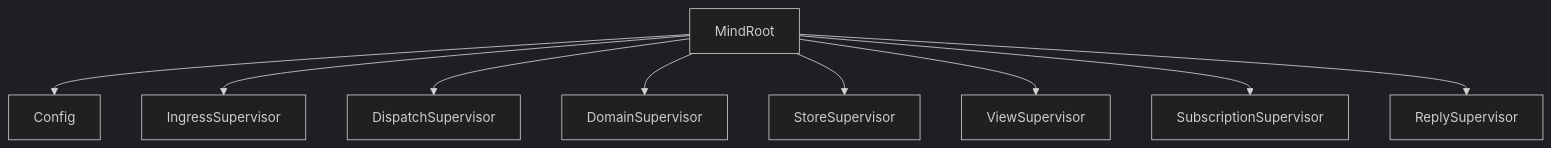
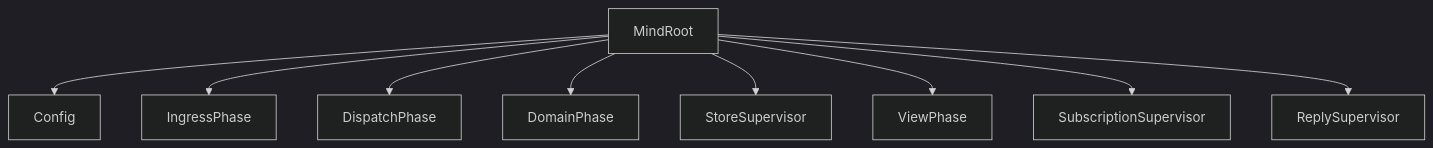
Before and after one commit to LiGoldragon/persona-orchestrate: the third of 7 diagrams in ARCHITECTURE.md, drawn with Mermaid (dark theme). The commit also changed other lines of this file and 8 other files, not shown here.

````diff
--- a/ARCHITECTURE.md
+++ b/ARCHITECTURE.md
@@ -117,11 +117,11 @@
 ```mermaid
 graph TB
     root[MindRoot] --> config[Config]
-    root --> ingress[IngressSupervisor]
-    root --> dispatch[DispatchSupervisor]
-    root --> domain[DomainSupervisor]
+    root --> ingress[IngressPhase]
+    root --> dispatch[DispatchPhase]
+    root --> domain[DomainPhase]
     root --> store[StoreSupervisor]
-    root --> views[ViewSupervisor]
+    root --> views[ViewPhase]
     root --> subscriptions[SubscriptionSupervisor]
     root --> reply[ReplySupervisor]
 ```
````
